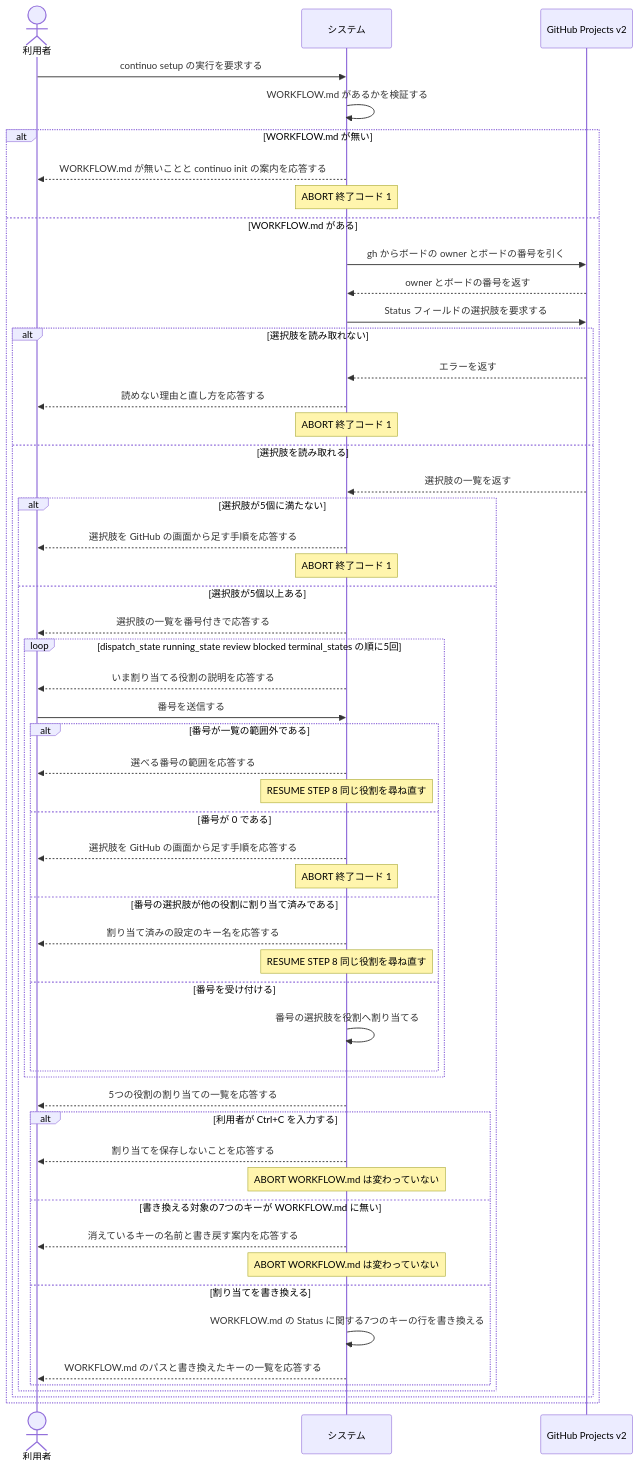
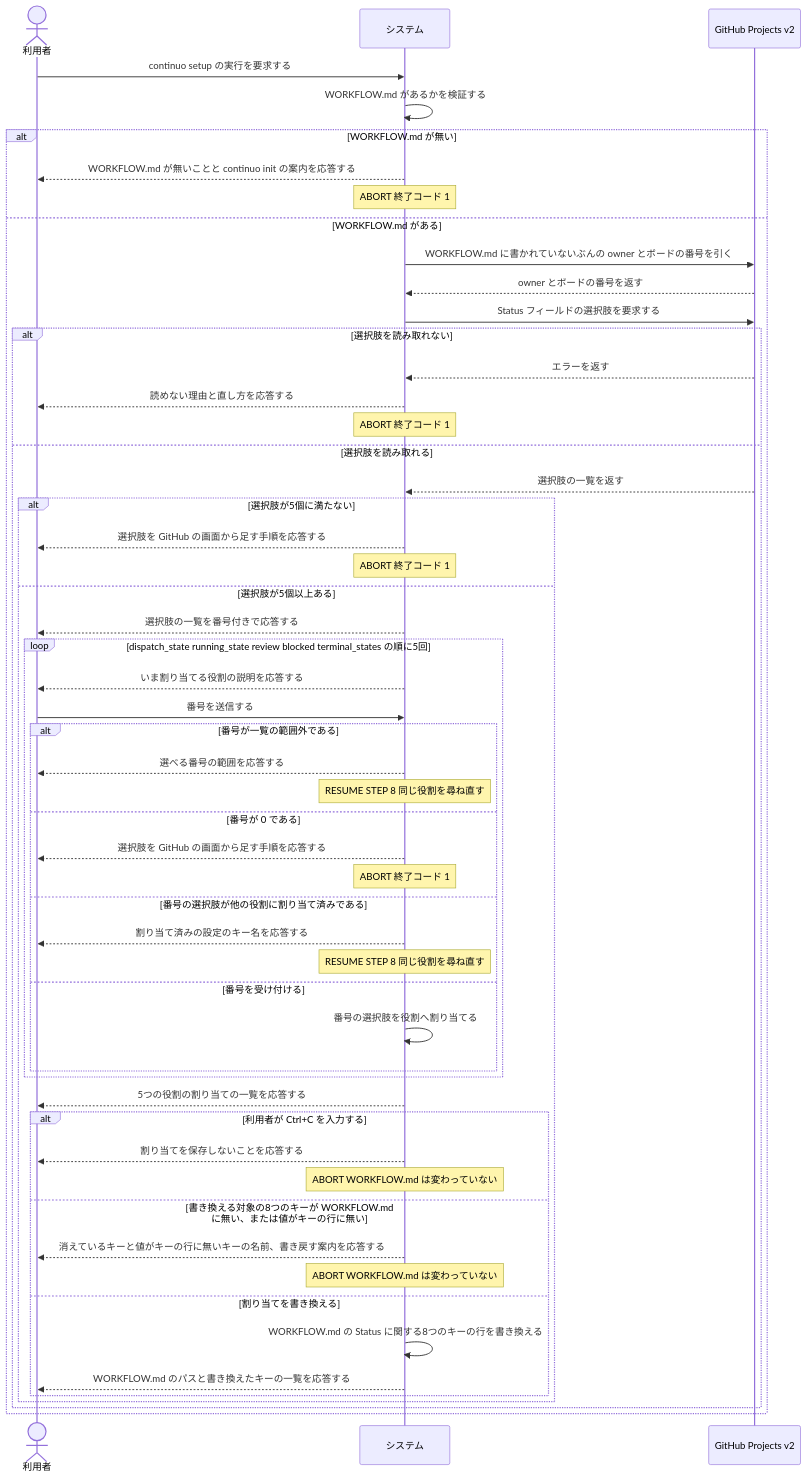
The second of 2 diagrams in docs/spec/usecases/particular_case/既存のボードの Status を割り当てる.rucm.md (maimuzo/continuo), drawn with Mermaid before and after one commit. The commit also changed other lines of this file and 24 other files, not shown here.

````diff
--- a/docs/spec/usecases/particular_case/既存のボードの Status を割り当てる.rucm.md
+++ b/docs/spec/usecases/particular_case/既存のボードの Status を割り当てる.rucm.md
@@ -255,57 +255,57 @@
 ```mermaid
 sequenceDiagram
     actor User as 利用者
     participant Sys as システム
     participant GH as GitHub Projects v2
 
     User->>Sys: continuo setup の実行を要求する
     Sys->>Sys: WORKFLOW.md があるかを検証する
     alt WORKFLOW.md が無い
         Sys-->>User: WORKFLOW.md が無いことと continuo init の案内を応答する
         Note over Sys: ABORT 終了コード 1
     else WORKFLOW.md がある
-        Sys->>GH: gh からボードの owner とボードの番号を引く
+        Sys->>GH: WORKFLOW.md に書かれていないぶんの owner とボードの番号を引く
         GH-->>Sys: owner とボードの番号を返す
         Sys->>GH: Status フィールドの選択肢を要求する
         alt 選択肢を読み取れない
             GH-->>Sys: エラーを返す
             Sys-->>User: 読めない理由と直し方を応答する
             Note over Sys: ABORT 終了コード 1
         else 選択肢を読み取れる
             GH-->>Sys: 選択肢の一覧を返す
             alt 選択肢が5個に満たない
                 Sys-->>User: 選択肢を GitHub の画面から足す手順を応答する
                 Note over Sys: ABORT 終了コード 1
             else 選択肢が5個以上ある
                 Sys-->>User: 選択肢の一覧を番号付きで応答する
                 loop dispatch_state running_state review blocked terminal_states の順に5回
                     Sys-->>User: いま割り当てる役割の説明を応答する
                     User->>Sys: 番号を送信する
                     alt 番号が一覧の範囲外である
                         Sys-->>User: 選べる番号の範囲を応答する
                         Note over Sys: RESUME STEP 8 同じ役割を尋ね直す
                     else 番号が 0 である
                         Sys-->>User: 選択肢を GitHub の画面から足す手順を応答する
                         Note over Sys: ABORT 終了コード 1
                     else 番号の選択肢が他の役割に割り当て済みである
                         Sys-->>User: 割り当て済みの設定のキー名を応答する
                         Note over Sys: RESUME STEP 8 同じ役割を尋ね直す
                     else 番号を受け付ける
                         Sys->>Sys: 番号の選択肢を役割へ割り当てる
                     end
                 end
                 Sys-->>User: 5つの役割の割り当ての一覧を応答する
                 alt 利用者が Ctrl+C を入力する
                     Sys-->>User: 割り当てを保存しないことを応答する
                     Note over Sys: ABORT WORKFLOW.md は変わっていない
-                else 書き換える対象の7つのキーが WORKFLOW.md に無い
-                    Sys-->>User: 消えているキーの名前と書き戻す案内を応答する
+                else 書き換える対象の8つのキーが WORKFLOW.md に無い、または値がキーの行に無い
+                    Sys-->>User: 消えているキーと値がキーの行に無いキーの名前、書き戻す案内を応答する
                     Note over Sys: ABORT WORKFLOW.md は変わっていない
                 else 割り当てを書き換える
-                    Sys->>Sys: WORKFLOW.md の Status に関する7つのキーの行を書き換える
+                    Sys->>Sys: WORKFLOW.md の Status に関する8つのキーの行を書き換える
                     Sys-->>User: WORKFLOW.md のパスと書き換えたキーの一覧を応答する
                 end
             end
         end
     end
 ```
````
